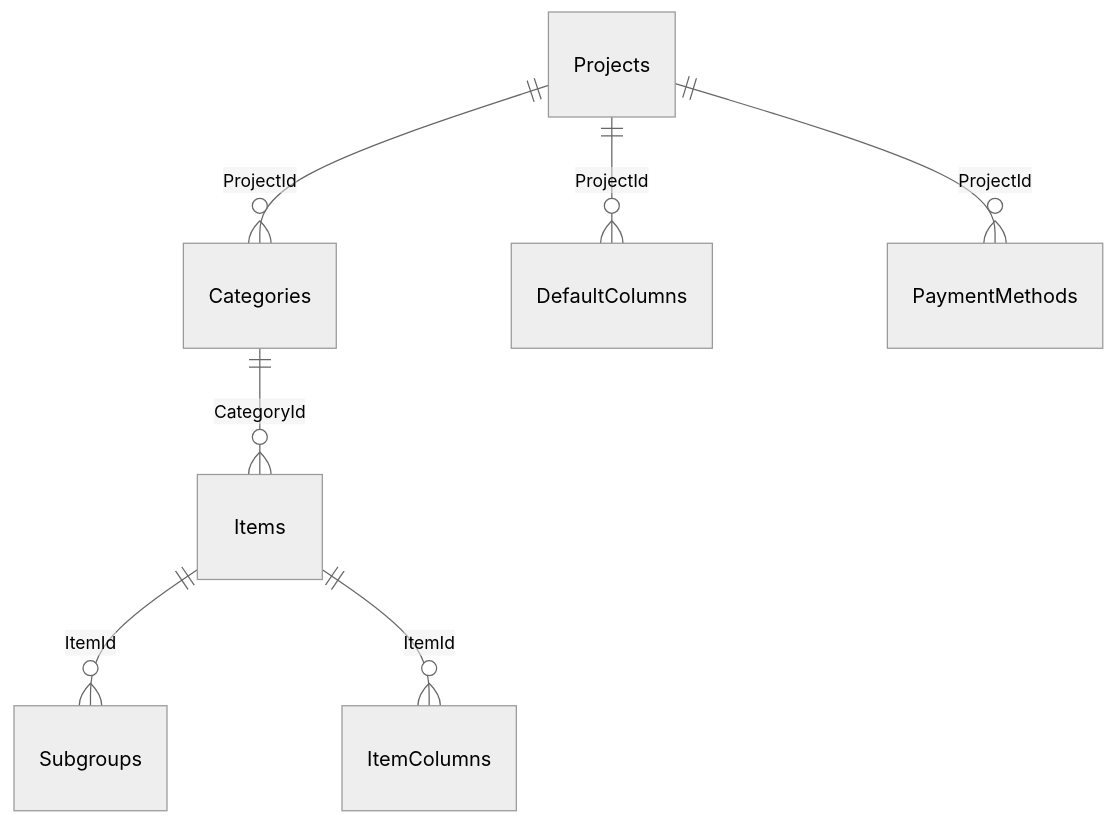
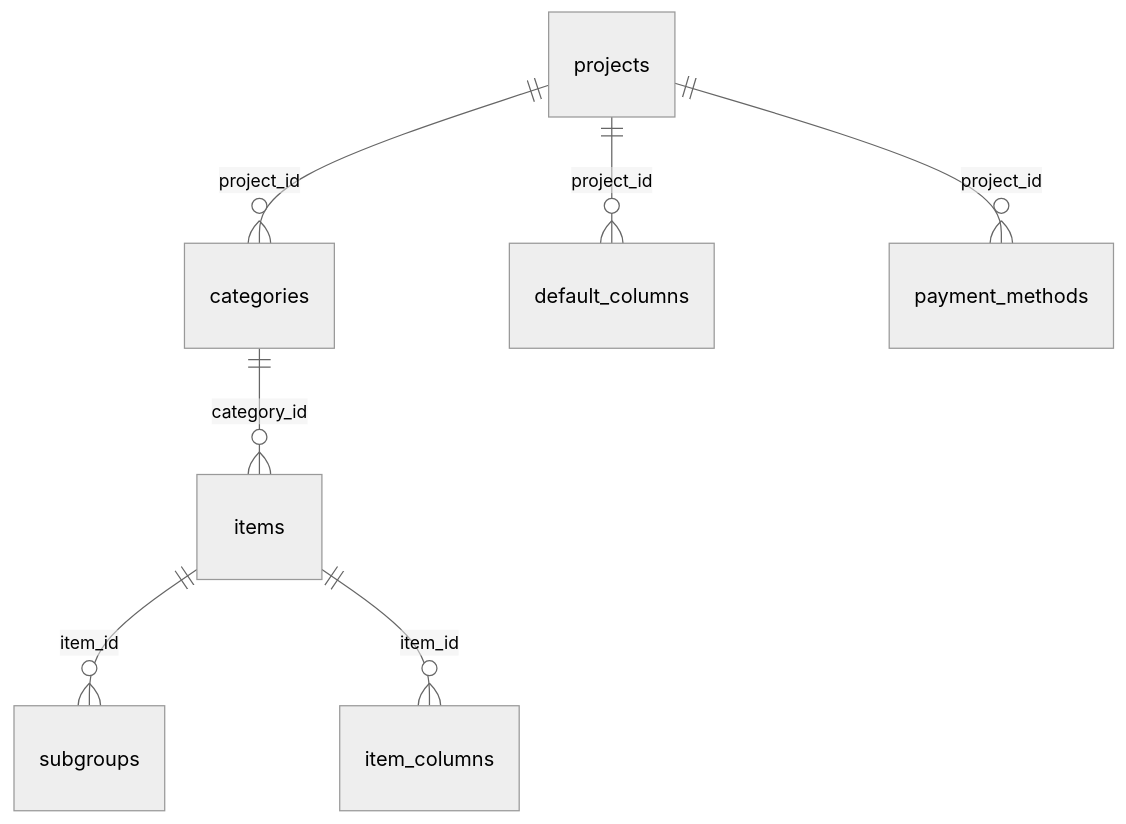
Before and after one commit to MutebAlMughyiri/redix-api: the third of 8 diagrams in docs/database.md, drawn with Mermaid (neutral theme). The commit also changed other lines of this file, not shown here.

````diff
--- a/docs/database.md
+++ b/docs/database.md
@@ -428,9 +472,9 @@
 ```mermaid
 erDiagram
-    Projects ||--o{ Categories : "ProjectId"
-    Categories ||--o{ Items : "CategoryId"
-    Items ||--o{ Subgroups : "ItemId"
-    Projects ||--o{ DefaultColumns : "ProjectId"
-    Items ||--o{ ItemColumns : "ItemId"
-    Projects ||--o{ PaymentMethods : "ProjectId"
+    projects ||--o{ categories : "project_id"
+    categories ||--o{ items : "category_id"
+    items ||--o{ subgroups : "item_id"
+    projects ||--o{ default_columns : "project_id"
+    items ||--o{ item_columns : "item_id"
+    projects ||--o{ payment_methods : "project_id"
 ```
````
